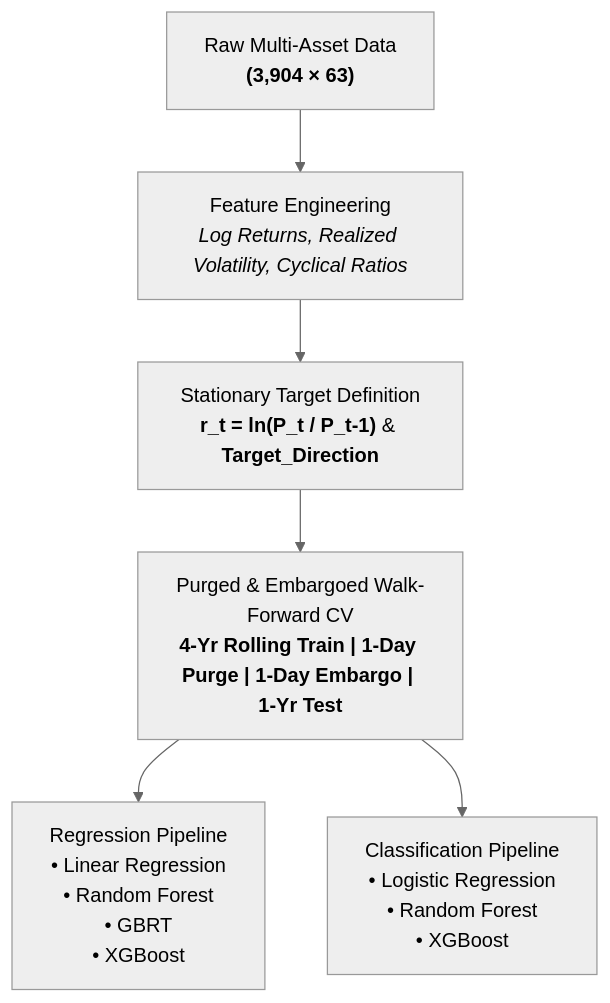
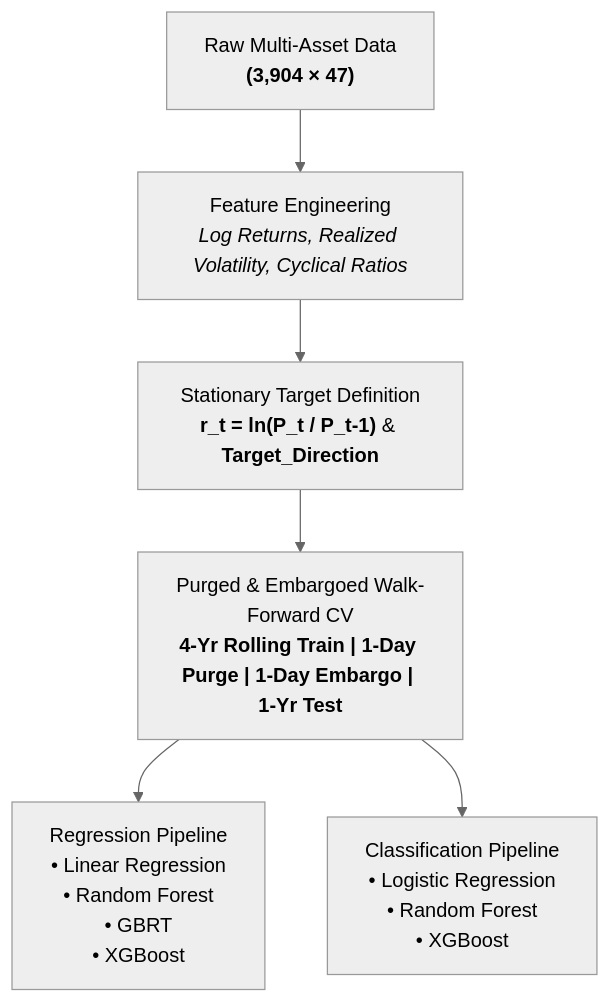
Before and after one commit to DanielRamirez0430/Gold-Price-Predictions-: the diagram in README.md, drawn with Mermaid (neutral theme). The commit also changed other lines of this file, not shown here.

Commit message:
Fix formatting and update data dimensions in README

````diff
--- a/README.md
+++ b/README.md
@@ -33,9 +33,9 @@
 ```mermaid
 flowchart TD
-    A["Raw Multi-Asset Data<br><b>(3,904 × 63)</b>"] --> B["Feature Engineering<br><i>Log Returns, Realized Volatility, Cyclical Ratios</i>"]
+    A["Raw Multi-Asset Data<br><b>(3,904 × 47)</b>"] --> B["Feature Engineering<br><i>Log Returns, Realized Volatility, Cyclical Ratios</i>"]
     B --> C["Stationary Target Definition<br><b>r_t = ln(P_t / P_t-1)</b> & <b>Target_Direction</b>"]
     C --> D["Purged & Embargoed Walk-Forward CV<br><b>4-Yr Rolling Train | 1-Day Purge | 1-Day Embargo | 1-Yr Test</b>"]
     
     D --> E["Regression Pipeline<br>• Linear Regression<br>• Random Forest<br>• GBRT<br>• XGBoost"]
     D --> F["Classification Pipeline<br>• Logistic Regression<br>• Random Forest<br>• XGBoost"]
 ```
````
